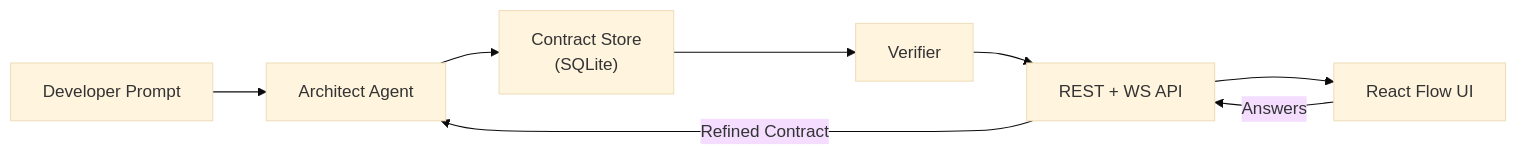
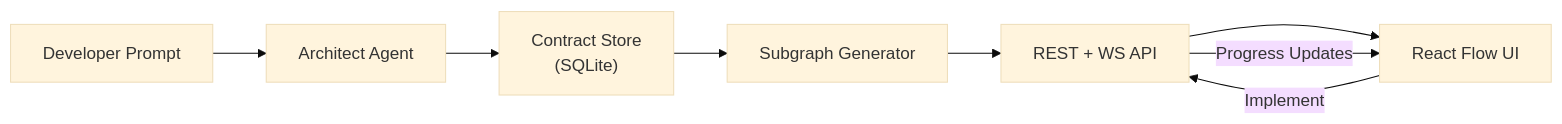
The second of 3 diagrams in docs/01-overview.md (Ezimakyu/IterViz), drawn with Mermaid (base theme) before and after one commit. The commit also changed other lines of this file and 16 other files, not shown here.

````diff
--- a/docs/01-overview.md
+++ b/docs/01-overview.md
@@ -44,10 +41,10 @@
 ```mermaid
 flowchart LR
     A["Developer Prompt"] --> B["Architect Agent"]
     B --> C["Contract Store\n(SQLite)"]
-    C --> D["Verifier"]
+    C --> D["Subgraph Generator"]
     D --> E["REST + WS API"]
     E --> F["React Flow UI"]
-    F -->|Answers| E
-    E -->|Refined Contract| B
+    F -->|Implement| E
+    E -->|Progress Updates| F
 ```
````
